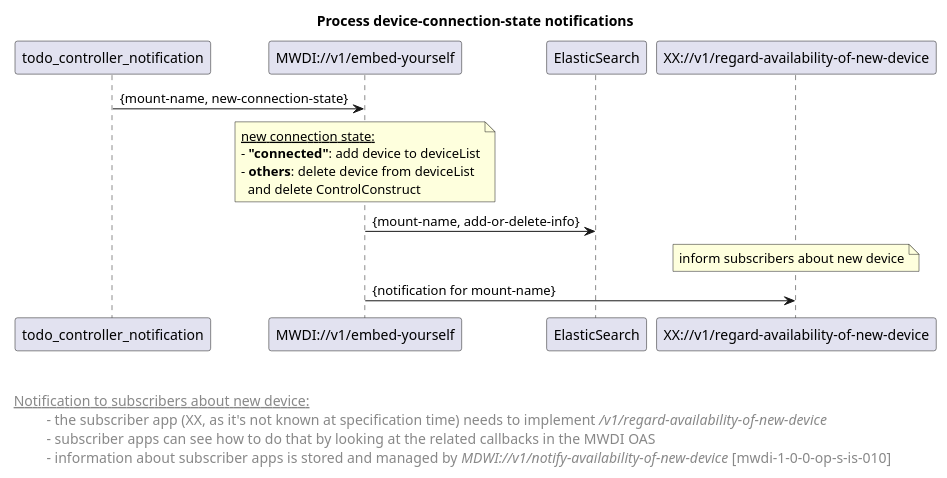
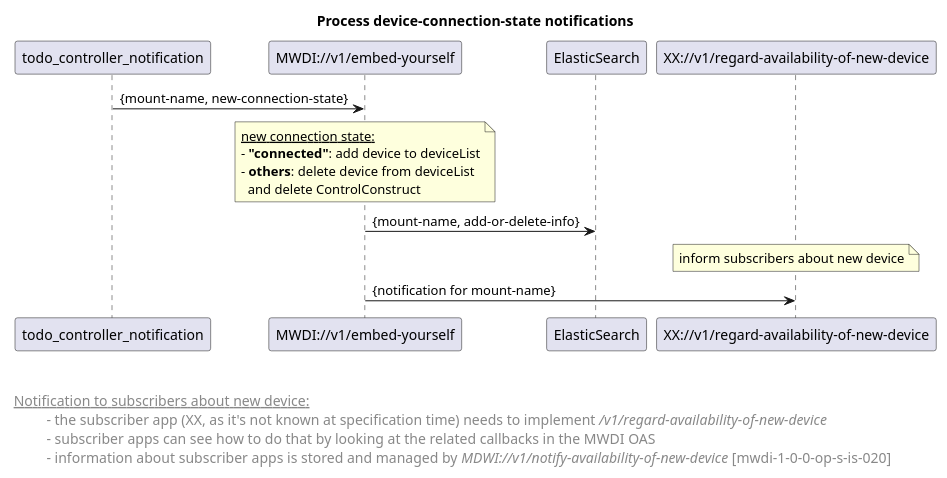
One commit to openBackhaul/MicroWaveDeviceInventory changed the diagram in spec/_ALT_FOR_SERVICELIST_REVIEW/diagrams/02x_forwardingProcessControllerNotifications.plantuml. Above: the diagram before and after it, drawn with PlantUML. The commit also changed 14 other files, not shown here.

```diff
--- a/spec/_ALT_FOR_SERVICELIST_REVIEW/diagrams/02x_forwardingProcessControllerNotifications.plantuml
+++ b/spec/_ALT_FOR_SERVICELIST_REVIEW/diagrams/02x_forwardingProcessControllerNotifications.plantuml
@@ -1,52 +1,52 @@
 @startuml
 skinparam responseMessageBelowArrow true
 skinparam guillemet [ ]
 skinparam participant {
   StereotypeFontSize 12  
 }
 hide stereotype
 
 title Process device-connection-state notifications
 
 
 'participants
 participant "todo_controller_notification" as npConnectionStatusNotif <<mwdi-1-0-0-op-c-is-np-1-0-0-000>>
 participant "MWDI://v1/embed-yourself" as mwdi <<mwdi-1-0-0-op-s-bm-001>>
 participant "ElasticSearch" as es <<mwdi-1-0-0-es-c-es-1-0-0-000>>
 participant "XX://v1/regard-availability-of-new-device" as notificationToXX <<mwdi-1-0-0-op-c-is-xx-1-0-0-000>>
 
 
 npConnectionStatusNotif -> mwdi: {mount-name, new-connection-state}
 
 note over mwdi
  <u>new connection state:</u>
  - <b>"connected"</b>: add device to deviceList
  - <b>others</b>: delete device from deviceList
    and delete ControlConstruct
 end note
 
 mwdi -> es: {mount-name, add-or-delete-info}
 
 'inform subscribers about new device
 note over notificationToXX: inform subscribers about new device
 mwdi -> notificationToXX: {notification for mount-name}
 
 
 
 left footer 
 
 
 <u> Notification to subscribers about new device:</u>
 \t  - the subscriber app (XX, as it's not known at specification time) needs to implement <i>/v1/regard-availability-of-new-device</i>
 \t  - subscriber apps can see how to do that by looking at the related callbacks in the MWDI OAS 
-\t  - information about subscriber apps is stored and managed by <i>MDWI://v1/notify-availability-of-new-device</i> [mwdi-1-0-0-op-s-is-010]
+\t  - information about subscriber apps is stored and managed by <i>MDWI://v1/notify-availability-of-new-device</i> [mwdi-1-0-0-op-s-is-020]
 end footer
 
 <style>
 footer {
   HorizontalAlignment left
   FontSize 14
 }
 </style>
 
 @enduml
```
